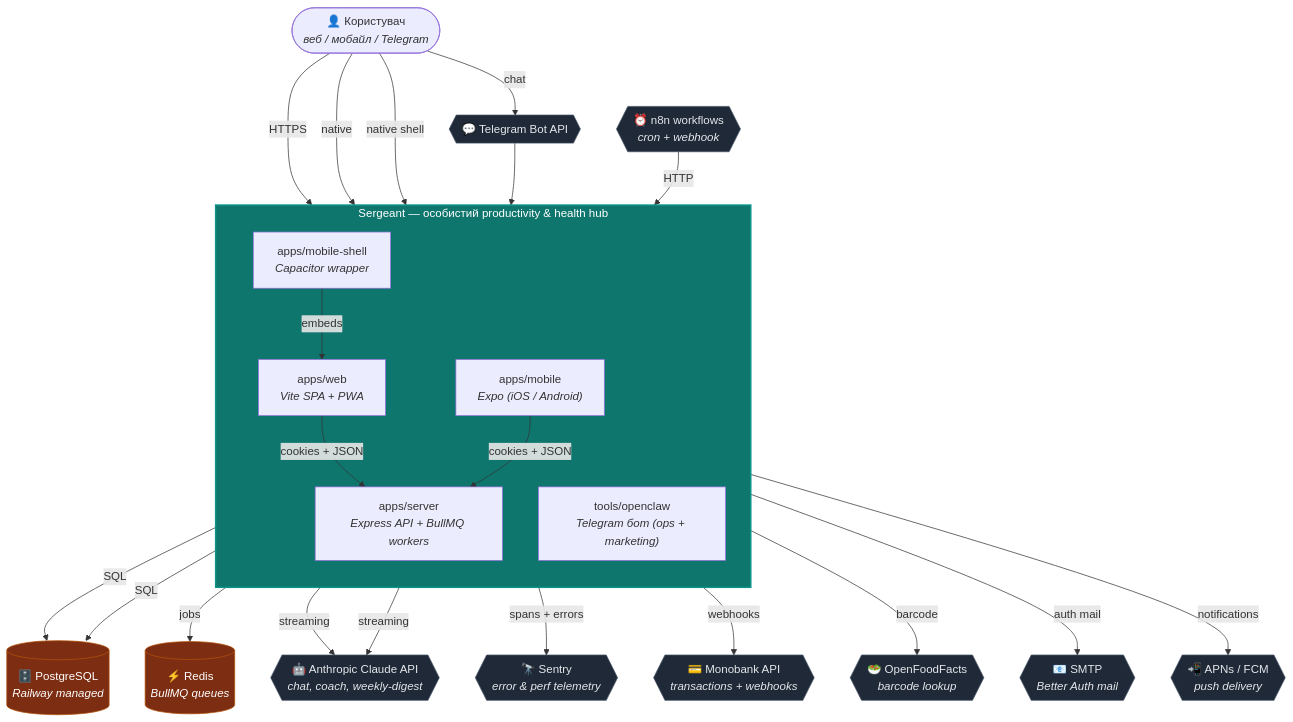
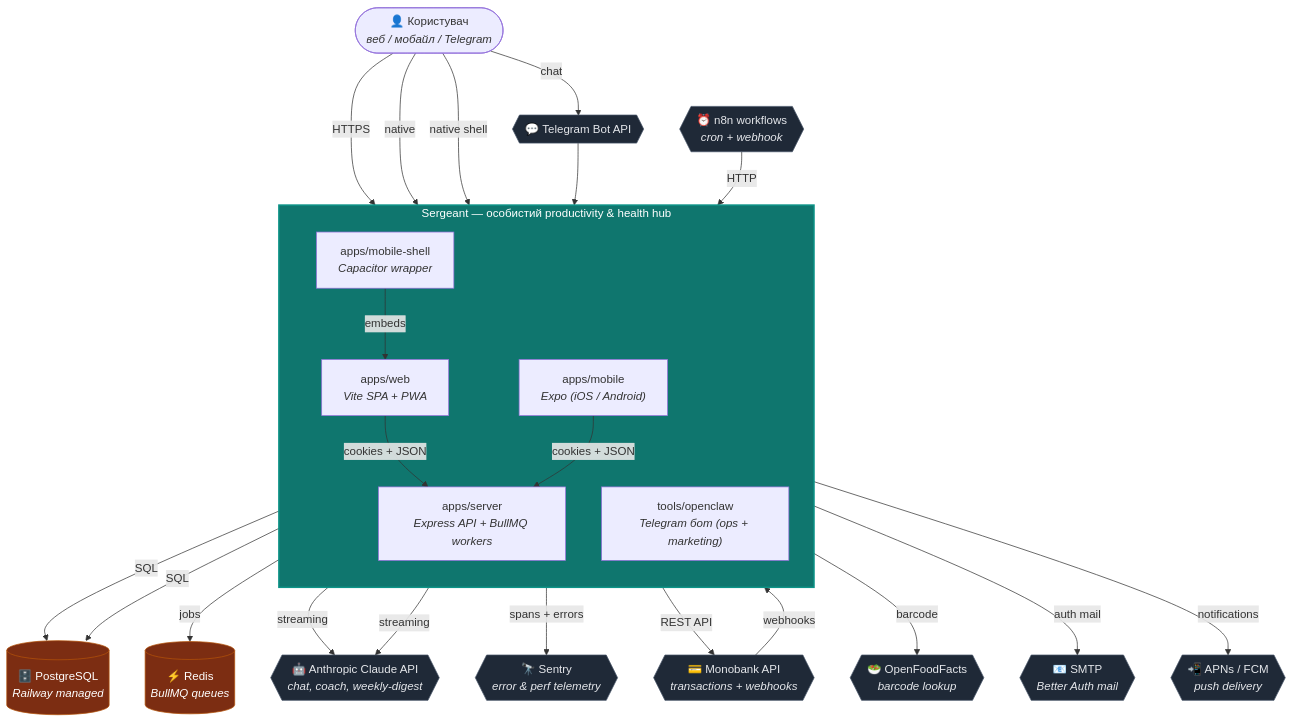
One commit to SkOrDs-02/sergeant changed the diagram in docs/architecture/diagrams/c1-system-context.md. Above: the diagram before and after it, drawn with Mermaid. The commit also changed other lines of this file and 26 other files, not shown here.

First line of the commit message:
docs(docs): revalidate architecture docs against current codebase

````diff
--- a/docs/architecture/diagrams/c1-system-context.md
+++ b/docs/architecture/diagrams/c1-system-context.md
@@ -8,53 +8,54 @@
 ```mermaid
 flowchart TB
     User(["👤 Користувач<br/><i>веб / мобайл / Telegram</i>"])
 
     subgraph Sergeant["Sergeant — особистий productivity & health hub"]
         direction TB
         WebApp["apps/web<br/><i>Vite SPA + PWA</i>"]
         MobileApp["apps/mobile<br/><i>Expo (iOS / Android)</i>"]
         ShellApp["apps/mobile-shell<br/><i>Capacitor wrapper</i>"]
         Server["apps/server<br/><i>Express API + BullMQ workers</i>"]
         Console["tools/openclaw<br/><i>Telegram бот (ops + marketing)</i>"]
     end
 
     Postgres[("🗄️ PostgreSQL<br/><i>Railway managed</i>")]
     Redis[("⚡ Redis<br/><i>BullMQ queues</i>")]
     Anthropic{{"🤖 Anthropic Claude API<br/><i>chat, coach, weekly-digest</i>"}}
     Sentry{{"🔭 Sentry<br/><i>error & perf telemetry</i>"}}
     n8n{{"⏰ n8n workflows<br/><i>cron + webhook</i>"}}
     Mono{{"💳 Monobank API<br/><i>transactions + webhooks</i>"}}
     OFF{{"🥗 OpenFoodFacts<br/><i>barcode lookup</i>"}}
     SMTP{{"📧 SMTP<br/><i>Better Auth mail</i>"}}
     Push{{"📲 APNs / FCM<br/><i>push delivery</i>"}}
     Telegram{{"💬 Telegram Bot API"}}
 
     User -->|HTTPS| WebApp
     User -->|native| MobileApp
     User -->|native shell| ShellApp
     User -->|chat| Telegram
 
     ShellApp -->|embeds| WebApp
     WebApp -->|cookies + JSON| Server
     MobileApp -->|cookies + JSON| Server
     Telegram --> Console
 
     Server -->|SQL| Postgres
     Server -->|jobs| Redis
     Server -->|streaming| Anthropic
     Server -->|spans + errors| Sentry
-    Server -->|webhooks| Mono
+    Server -->|REST API| Mono
+    Mono -->|webhooks| Server
     Server -->|barcode| OFF
     Server -->|auth mail| SMTP
     Server -->|notifications| Push
     n8n -->|HTTP| Server
     Console -->|SQL| Postgres
     Console -->|streaming| Anthropic
 
     classDef sys fill:#0f766e,stroke:#0d9488,color:#fff,stroke-width:2px
     classDef ext fill:#1f2937,stroke:#475569,color:#e5e7eb
     classDef store fill:#7c2d12,stroke:#b45309,color:#fff
     class Sergeant sys
     class Postgres,Redis store
     class Anthropic,Sentry,n8n,Mono,OFF,SMTP,Push,Telegram ext
 ```
````
